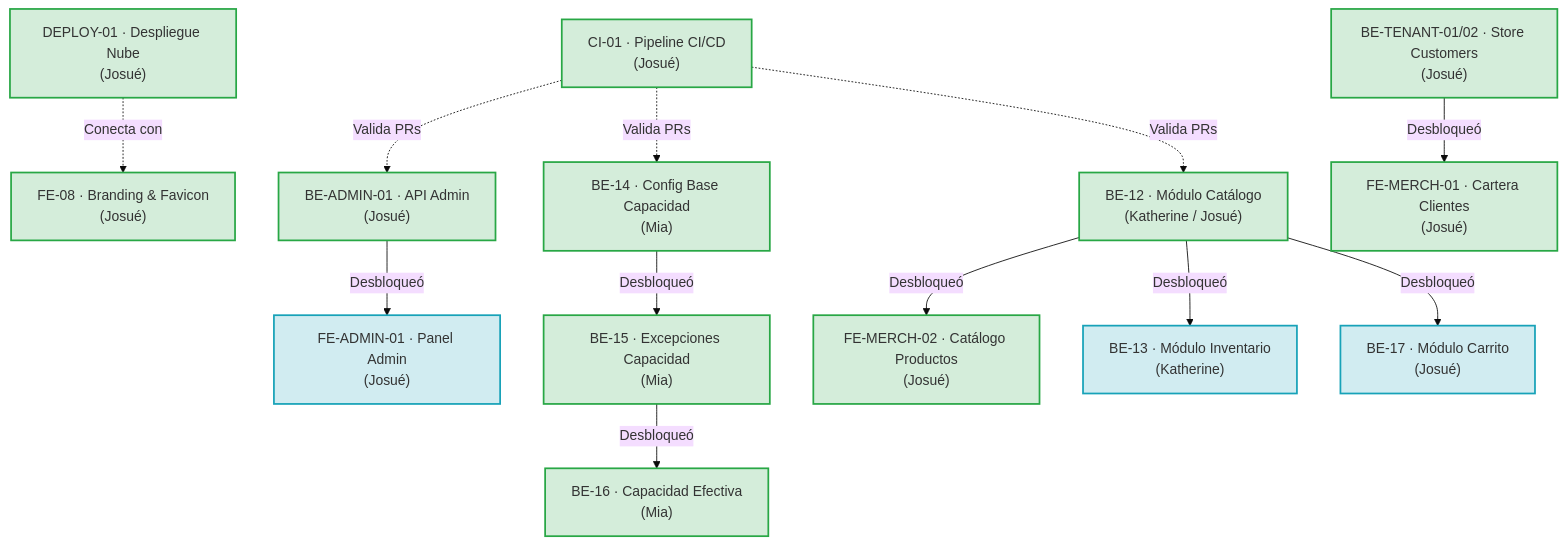
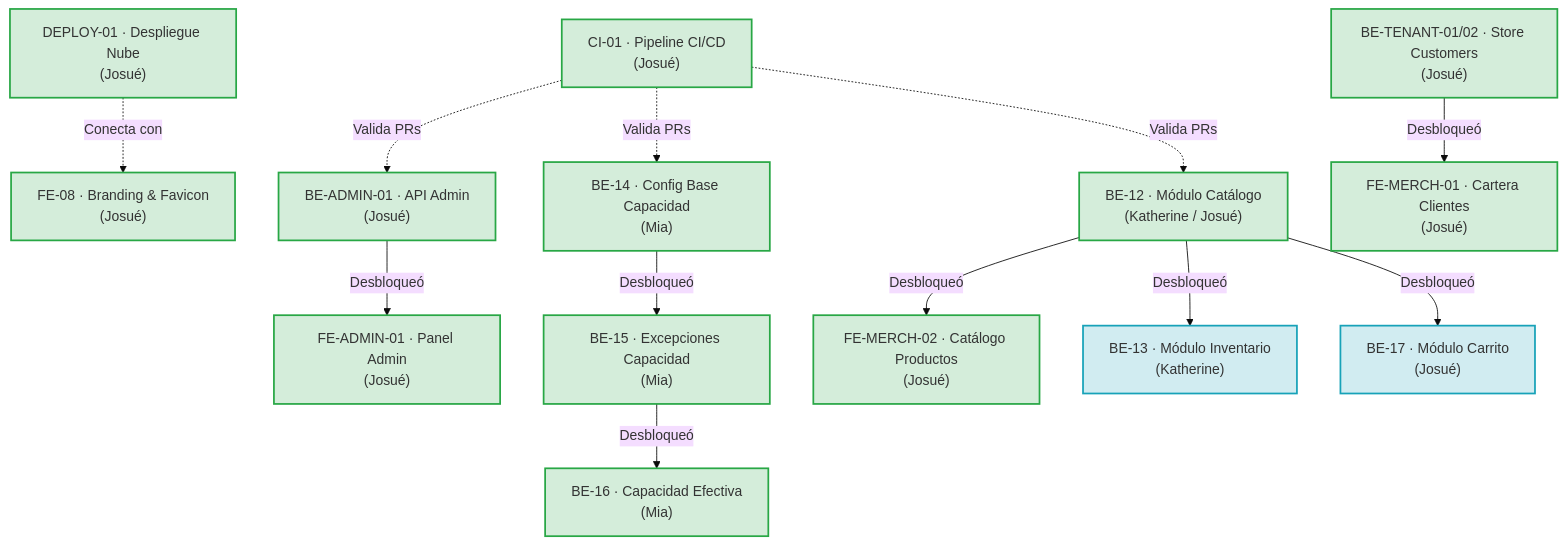
One commit to iJosueeh/jaldishop changed the second of 2 diagrams in docs/06-scrum/sprint-03.md. Above: the diagram before and after it, drawn with Mermaid (base theme). The commit also changed other lines of this file and 89 other files, not shown here.

Commit message:
feat(admin): implement full admin panel module with guards, dashboard, users, stores and merchants

````diff
--- a/docs/06-scrum/sprint-03.md
+++ b/docs/06-scrum/sprint-03.md
@@ -463,34 +463,34 @@
 ```mermaid
 graph TD
     classDef done fill:#d4edda,stroke:#28a745,stroke-width:2px;
     classDef progress fill:#d1ecf1,stroke:#17a2b8,stroke-width:2px;
     classDef review fill:#fff3cd,stroke:#ffc107,stroke-width:2px;
     classDef locked fill:#f8d7da,stroke:#dc3545,stroke-width:1px,stroke-dasharray: 5 5;
 
     CI01["CI-01 · Pipeline CI/CD<br/>(Josué)"]:::done
     DEPLOY01["DEPLOY-01 · Despliegue Nube<br/>(Josué)"]:::done
     FE08["FE-08 · Branding & Favicon<br/>(Josué)"]:::done
     BEADMIN01["BE-ADMIN-01 · API Admin<br/>(Josué)"]:::done
-    FEADMIN01["FE-ADMIN-01 · Panel Admin<br/>(Josué)"]:::progress
+    FEADMIN01["FE-ADMIN-01 · Panel Admin<br/>(Josué)"]:::done
     BE14["BE-14 · Config Base Capacidad<br/>(Mia)"]:::done
     BE15["BE-15 · Excepciones Capacidad<br/>(Mia)"]:::done
     BE16["BE-16 · Capacidad Efectiva<br/>(Mia)"]:::done
     BE12["BE-12 · Módulo Catálogo<br/>(Katherine / Josué)"]:::done
     BETENANT01["BE-TENANT-01/02 · Store Customers<br/>(Josué)"]:::done
     FEMERCH01["FE-MERCH-01 · Cartera Clientes<br/>(Josué)"]:::done
     FEMERCH02["FE-MERCH-02 · Catálogo Productos<br/>(Josué)"]:::done
     BE13["BE-13 · Módulo Inventario<br/>(Katherine)"]:::progress
     BE17["BE-17 · Módulo Carrito<br/>(Josué)"]:::progress
 
     CI01 -. Valida PRs .-> BE12
     CI01 -. Valida PRs .-> BE14
     CI01 -. Valida PRs .-> BEADMIN01
     DEPLOY01 -. Conecta con .-> FE08
     BEADMIN01 -->|Desbloqueó| FEADMIN01
     BE14 -->|Desbloqueó| BE15
     BE15 -->|Desbloqueó| BE16
     BE12 -->|Desbloqueó| BE13
     BE12 -->|Desbloqueó| BE17
     BE12 -->|Desbloqueó| FEMERCH02
     BETENANT01 -->|Desbloqueó| FEMERCH01
 ```
````
